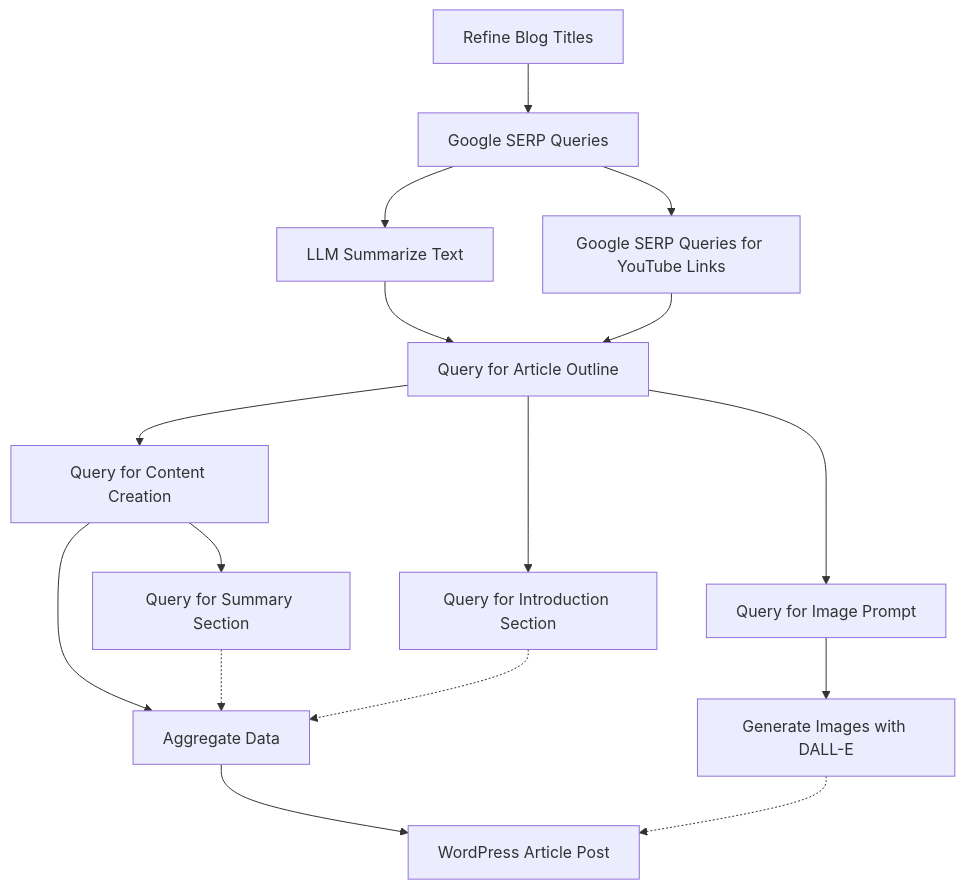
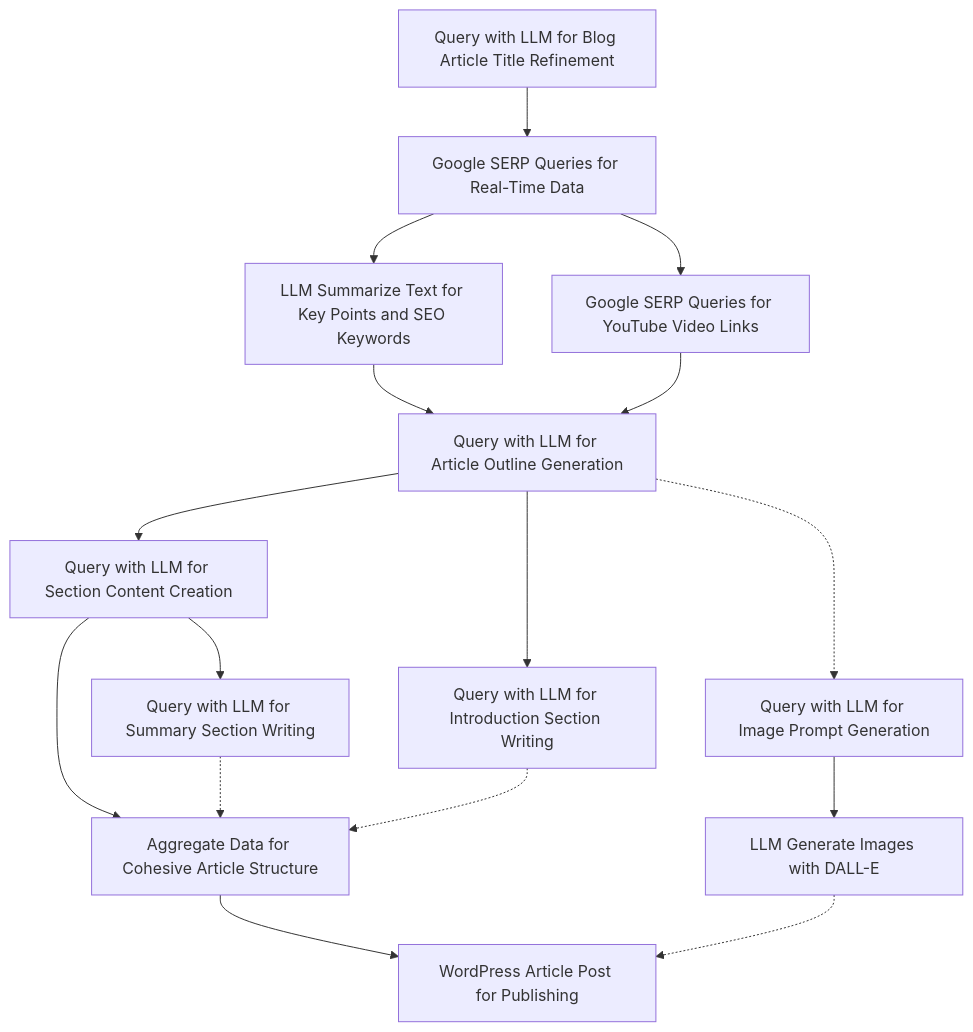
Before and after one commit to bhw123proxy/123proxy_co_blog: the diagram in README.md, drawn with Mermaid.

````diff
--- a/README.md
+++ b/README.md
@@ -19,19 +19,19 @@
 ```mermaid
 graph TD;
-    A[Refine Blog Titles] --> B[Google SERP Queries];
-    B --> C[LLM Summarize Text];
-    C --> D[Query for Article Outline];
-    D --> E[Query for Content Creation];
-    E --> F[Aggregate Data];
-    F --> G[WordPress Article Post];
-    D --> H[Query for Introduction Section];
-    E --> I[Query for Summary Section];
-    B --> J[Google SERP Queries for YouTube Links];
-    D --> K[Query for Image Prompt];
-    K --> L[Generate Images with DALL-E];
-    J --> D;
-    L -.-> G;
-    H -.-> F;
-    I -.-> F;
+    A[Query with LLM for Blog Article Title Refinement] --> B[Google SERP Queries for Real-Time Data];
+    B --> C[LLM Summarize Text for Key Points and SEO Keywords];
+    C --> D[Query with LLM for Article Outline Generation];
+    D --> E[Query with LLM for Section Content Creation];
+    E --> I[Aggregate Data for Cohesive Article Structure];
+    I --> J[WordPress Article Post for Publishing];
+    D --> F[Query with LLM for Introduction Section Writing];
+    E --> G[Query with LLM for Summary Section Writing];
+    B --> H[Google SERP Queries for YouTube Video Links];
+    D -.-> K[Query with LLM for Image Prompt Generation];
+    K --> L[LLM Generate Images with DALL-E];
+    H --> D;
+    L -.-> J;
+    F -.-> I;
+    G -.-> I;
 
 ```
````
